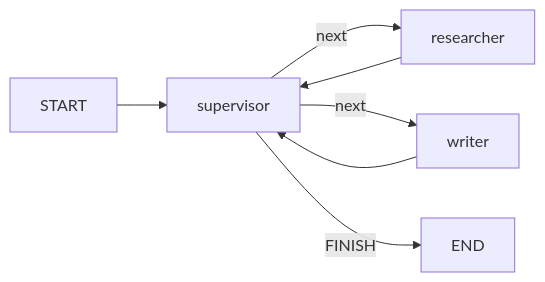
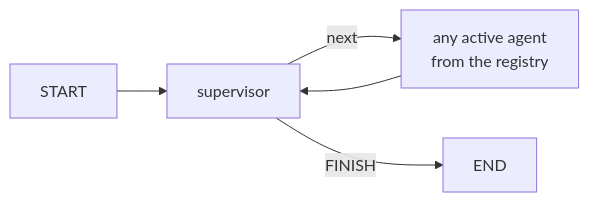
One commit to JTTrinborg/hephaestus changed the third of 4 diagrams in README.md. Above: the diagram before and after it, drawn with Mermaid. The commit also changed other lines of this file and 4 other files, not shown here.

````diff
--- a/README.md
+++ b/README.md
@@ -67,9 +69,7 @@
 ```mermaid
 flowchart LR
     START --> supervisor
-    supervisor -->|next| researcher
-    supervisor -->|next| writer
+    supervisor -->|next| A[any active agent<br/>from the registry]
+    A --> supervisor
     supervisor -->|FINISH| END
-    researcher --> supervisor
-    writer --> supervisor
 ```
````
